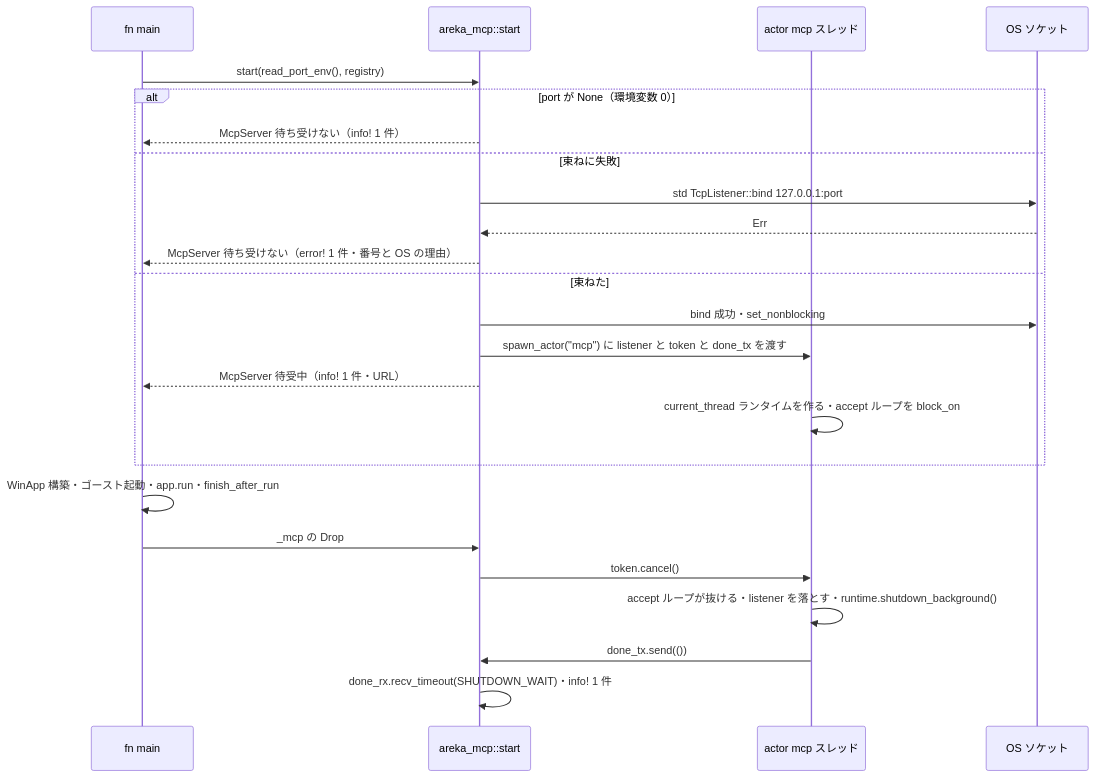
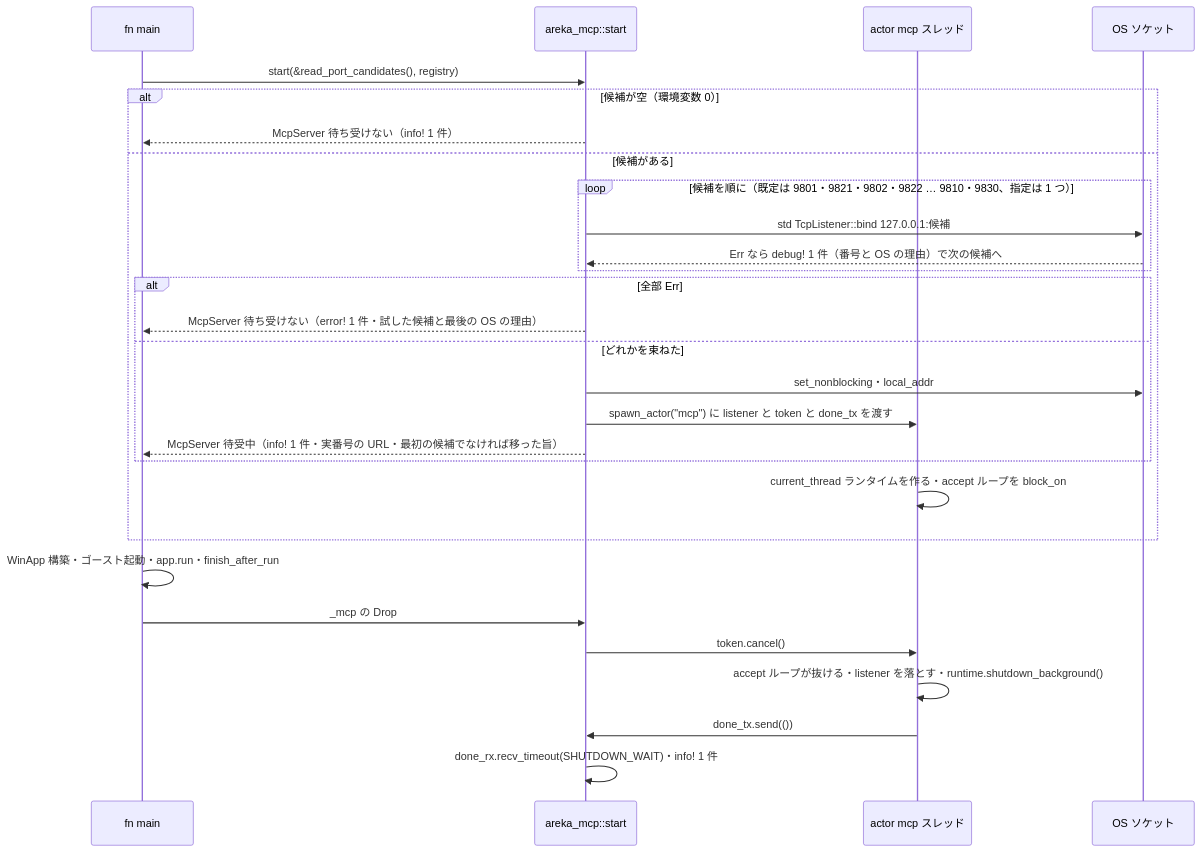
The second of 3 diagrams in .kiro/specs/areka-P0-mcp-server-core/design.md (ekicyou/areka), drawn with Mermaid before and after one commit. The commit also changed other lines of this file and 3 other files, not shown here.

First line of the commit message:
docs(areka-P0-mcp-server-core): first-come default ports shared with SSP (developer ruling 2026-10-03)

````diff
--- a/.kiro/specs/areka-P0-mcp-server-core/design.md
+++ b/.kiro/specs/areka-P0-mcp-server-core/design.md
@@ -179,26 +181,30 @@
 ```mermaid
 sequenceDiagram
     participant Main as fn main
     participant Srv as areka_mcp::start
     participant Thr as actor mcp スレッド
     participant OS as OS ソケット
-    Main->>Srv: start(read_port_env(), registry)
-    alt port が None（環境変数 0）
+    Main->>Srv: start(&read_port_candidates(), registry)
+    alt 候補が空（環境変数 0）
         Srv-->>Main: McpServer 待ち受けない（info! 1 件）
-    else 束ねに失敗
-        Srv->>OS: std TcpListener::bind 127.0.0.1:port
-        OS-->>Srv: Err
-        Srv-->>Main: McpServer 待ち受けない（error! 1 件・番号と OS の理由）
-    else 束ねた
-        Srv->>OS: bind 成功・set_nonblocking
-        Srv->>Thr: spawn_actor("mcp") に listener と token と done_tx を渡す
-        Srv-->>Main: McpServer 待受中（info! 1 件・URL）
+    else 候補がある
+        loop 候補を順に（既定は 9801・9821・9802・9822 … 9810・9830、指定は 1 つ）
+            Srv->>OS: std TcpListener::bind 127.0.0.1:候補
+            OS-->>Srv: Err なら debug! 1 件（番号と OS の理由）で次の候補へ
+        end
+        alt 全部 Err
+            Srv-->>Main: McpServer 待ち受けない（error! 1 件・試した候補と最後の OS の理由）
+        else どれかを束ねた
+            Srv->>OS: set_nonblocking・local_addr
+            Srv->>Thr: spawn_actor("mcp") に listener と token と done_tx を渡す
+            Srv-->>Main: McpServer 待受中（info! 1 件・実番号の URL・最初の候補でなければ移った旨）
+        end
         Thr->>Thr: current_thread ランタイムを作る・accept ループを block_on
     end
     Main->>Main: WinApp 構築・ゴースト起動・app.run・finish_after_run
     Main->>Srv: _mcp の Drop
     Srv->>Thr: token.cancel()
     Thr->>Thr: accept ループが抜ける・listener を落とす・runtime.shutdown_background()
     Thr->>Srv: done_tx.send(())
     Srv->>Srv: done_rx.recv_timeout(SHUTDOWN_WAIT)・info! 1 件
 ```
````
